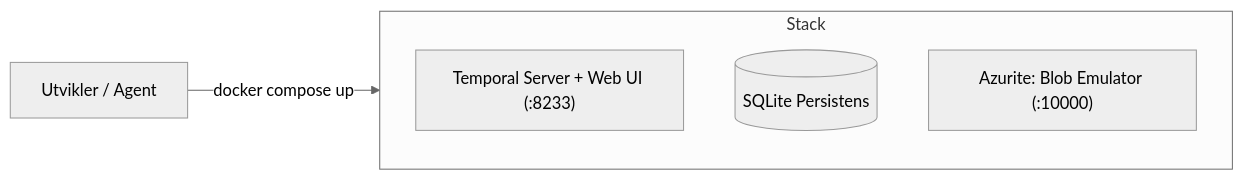
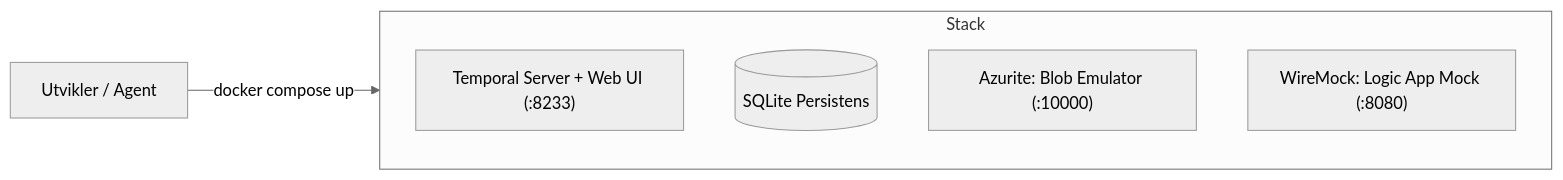
One commit to jonasfh/temporal-wonder changed the second of 3 diagrams in README.md. Above: the diagram before and after it, drawn with Mermaid (neutral theme). The commit also changed other lines of this file and 23 other files, not shown here.

````diff
--- a/README.md
+++ b/README.md
@@ -58,9 +58,10 @@
 ```mermaid
 flowchart LR
     Dev["Utvikler / Agent"] -->|docker compose up| Stack["Lokal Stack"]
     subgraph Stack
         T["Temporal Server + Web UI (:8233)"]
         DB[("SQLite Persistens")]
         Az["Azurite: Blob Emulator (:10000)"]
+        WM["WireMock: Logic App Mock (:8080)"]
     end
 ```
````
